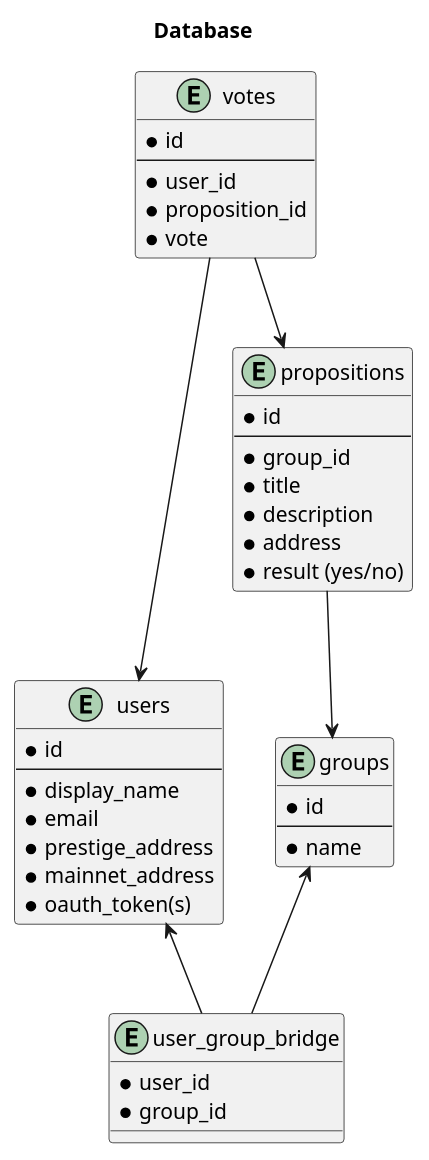
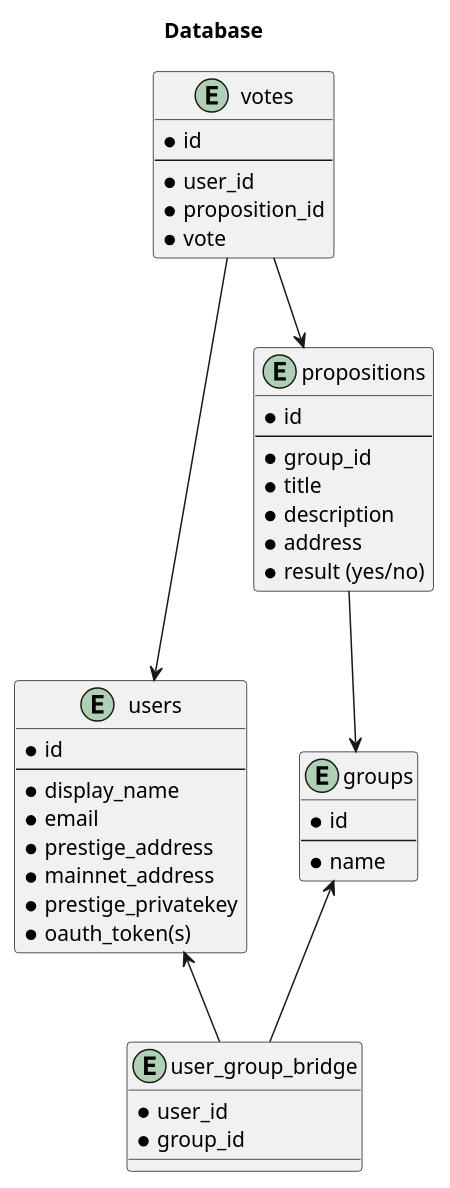
Before and after one commit to adhurjaty/prediction-app: the diagram in Diagrams/Database/db.puml, drawn with PlantUML. The commit also changed 7 other files, not shown here.

```diff
--- a/Diagrams/Database/db.puml
+++ b/Diagrams/Database/db.puml
@@ -1,50 +1,51 @@
 @startuml database
 
 title Database
 
 entity users {
     * id
     ---
     * display_name
     * email
     * prestige_address
     * mainnet_address
+    * prestige_privatekey
     * oauth_token(s)
 }
 
 entity groups {
     * id
     ---
     * name
 }
 
 entity user_group_bridge {
     * user_id
     * group_id
 }
 
 entity propositions {
     * id
     ---
     * group_id
     * title
     * description
     * address
     * result (yes/no)
 }
 
 entity votes {
     * id
     ---
     * user_id
     * proposition_id
     * vote
 }
 
 users <-- user_group_bridge
 groups <-- user_group_bridge
 propositions --> groups
 votes --> users
 votes --> propositions
 
 @enduml
```
